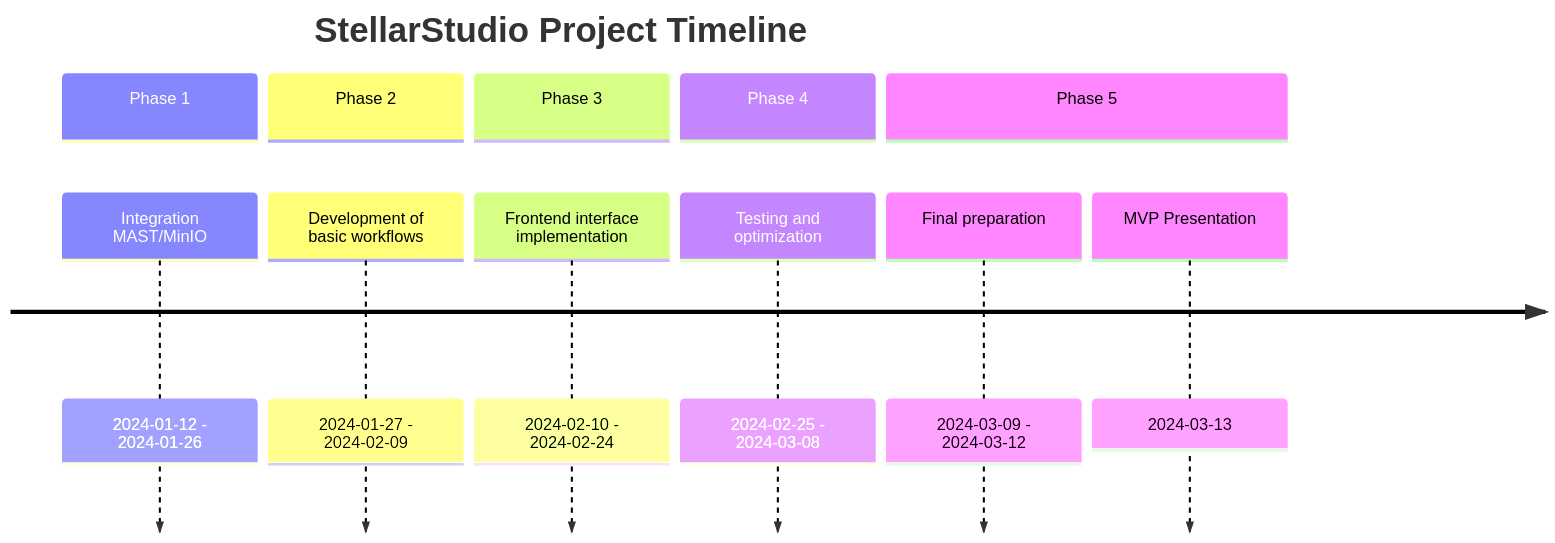
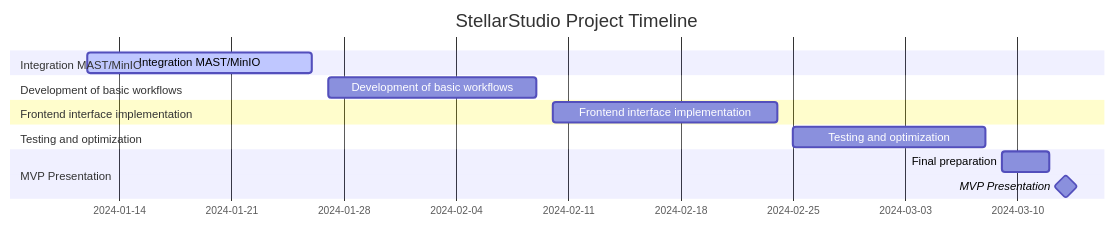
The second of 2 diagrams in Stage_1/README.md (Noziop/Projet_Portfolio), drawn with Mermaid before and after one commit. The commit also changed other lines of this file, not shown here.

Commit message:
Feat/Stage1 : adding information needed for stage2  : scope and outofscope, team and stakeholders, SMART objectives, timeline feat/infrascture : resolivng problems of dockerfiles, since i had reset my pc

````diff
--- a/Stage_1/README.md
+++ b/Stage_1/README.md
@@ -280,15 +280,16 @@
 ```mermaid
-timeline
+gantt
+    dateFormat  YYYY-MM-DD
     title StellarStudio Project Timeline
-    section Phase 1
-        Integration MAST/MinIO : 2024-01-12 - 2024-01-26
-    section Phase 2
-        Development of basic workflows : 2024-01-27 - 2024-02-09
-    section Phase 3
-        Frontend interface implementation : 2024-02-10 - 2024-02-24
-    section Phase 4
-        Testing and optimization : 2024-02-25 - 2024-03-08
-    section Phase 5
-        Final preparation : 2024-03-09 - 2024-03-12
-        MVP Presentation : 2024-03-13
+    section Integration MAST/MinIO
+    Integration MAST/MinIO           :active, 2024-01-12, 2024-01-26
+    section Development of basic workflows
+    Development of basic workflows   :2024-01-27, 2024-02-09
+    section Frontend interface implementation
+    Frontend interface implementation:2024-02-10, 2024-02-24
+    section Testing and optimization
+    Testing and optimization         :2024-02-25, 2024-03-08
+    section MVP Presentation
+    Final preparation               :2024-03-09, 2024-03-12
+    MVP Presentation               :milestone, 2024-03-13, 2024-03-13
 ```
````
